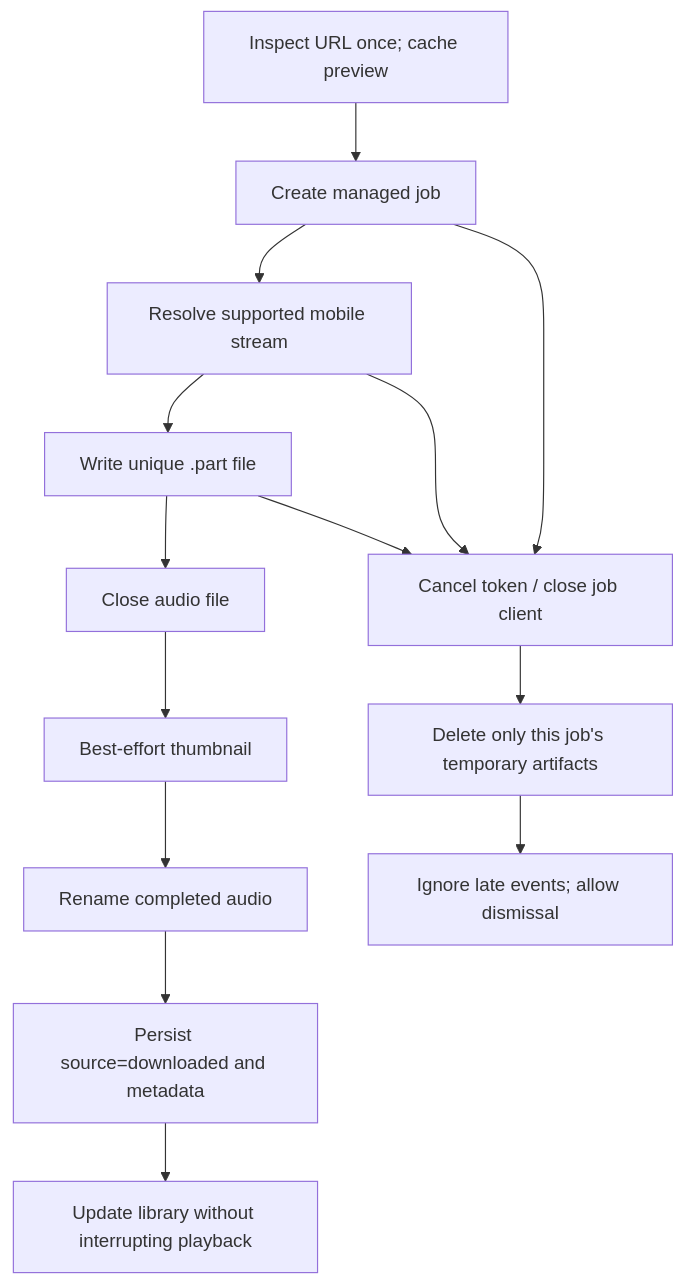
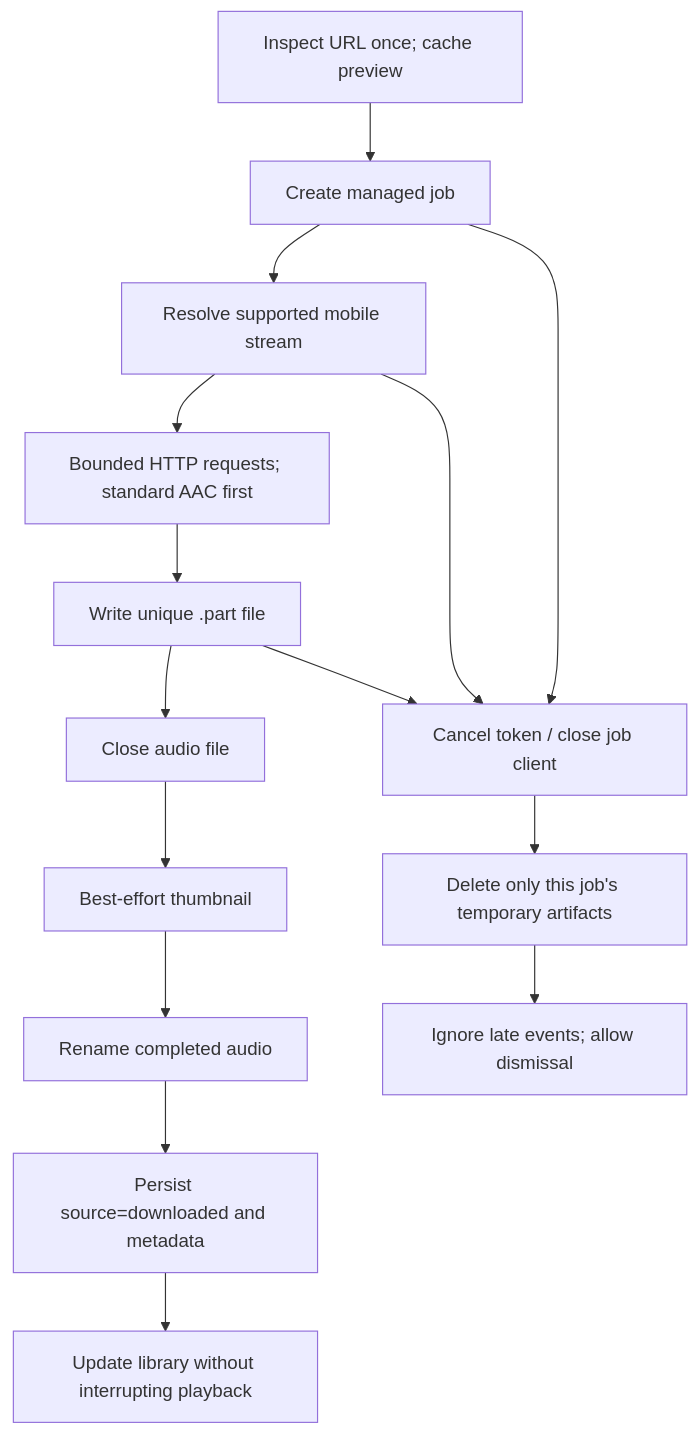
Before and after one commit to naveed-gung/Monolith: the fourth of 6 diagrams in docs/architecture.md, drawn with Mermaid. The commit also changed other lines of this file and 28 other files, not shown here.

````diff
--- a/docs/architecture.md
+++ b/docs/architecture.md
@@ -89,16 +90,17 @@
 ```mermaid
 flowchart TD
     Inspect[Inspect URL once; cache preview] --> Job[Create managed job]
     Job --> Resolve[Resolve supported mobile stream]
-    Resolve --> Partial[Write unique .part file]
+    Resolve --> Transfer[Bounded HTTP requests; standard AAC first]
+    Transfer --> Partial[Write unique .part file]
     Partial --> Finished[Close audio file]
     Finished --> Art[Best-effort thumbnail]
     Art --> Rename[Rename completed audio]
     Rename --> Manifest[Persist source=downloaded and metadata]
     Manifest --> Library[Update library without interrupting playback]
     Job --> Cancel[Cancel token / close job client]
     Resolve --> Cancel
     Partial --> Cancel
     Cancel --> Cleanup[Delete only this job's temporary artifacts]
     Cleanup --> Terminal[Ignore late events; allow dismissal]
 ```
````
